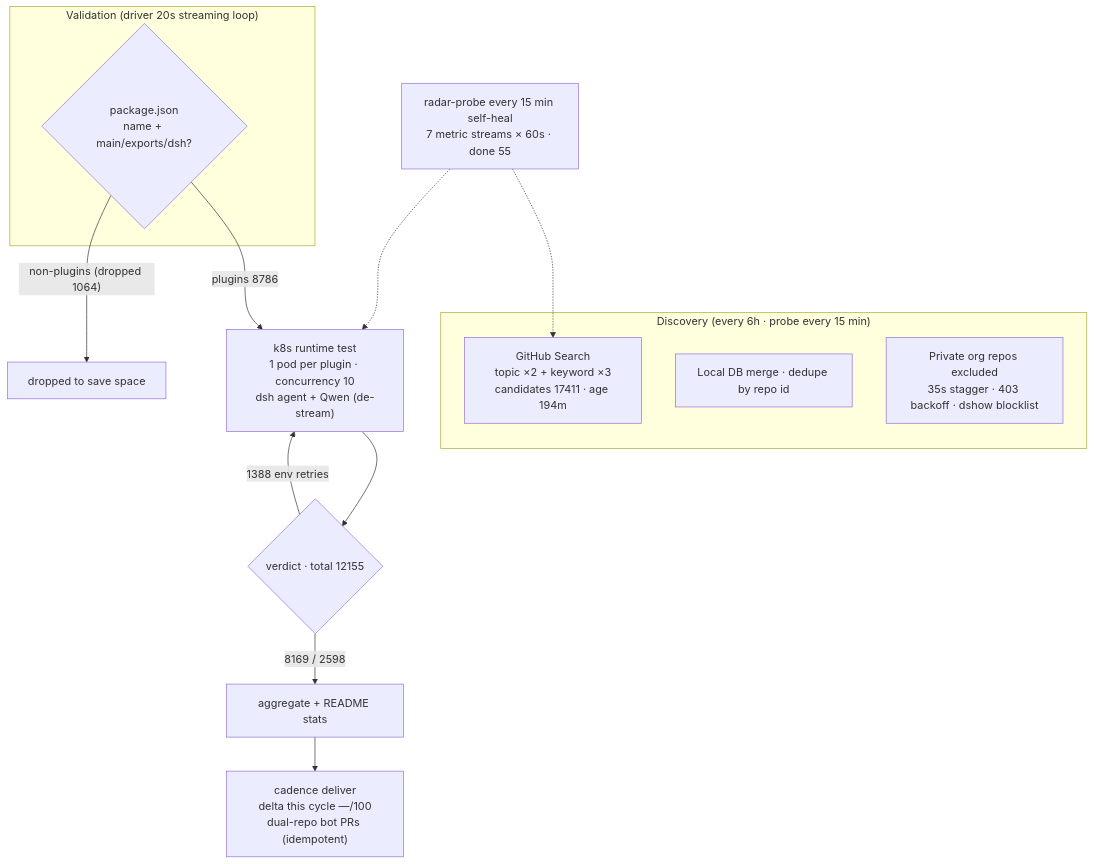
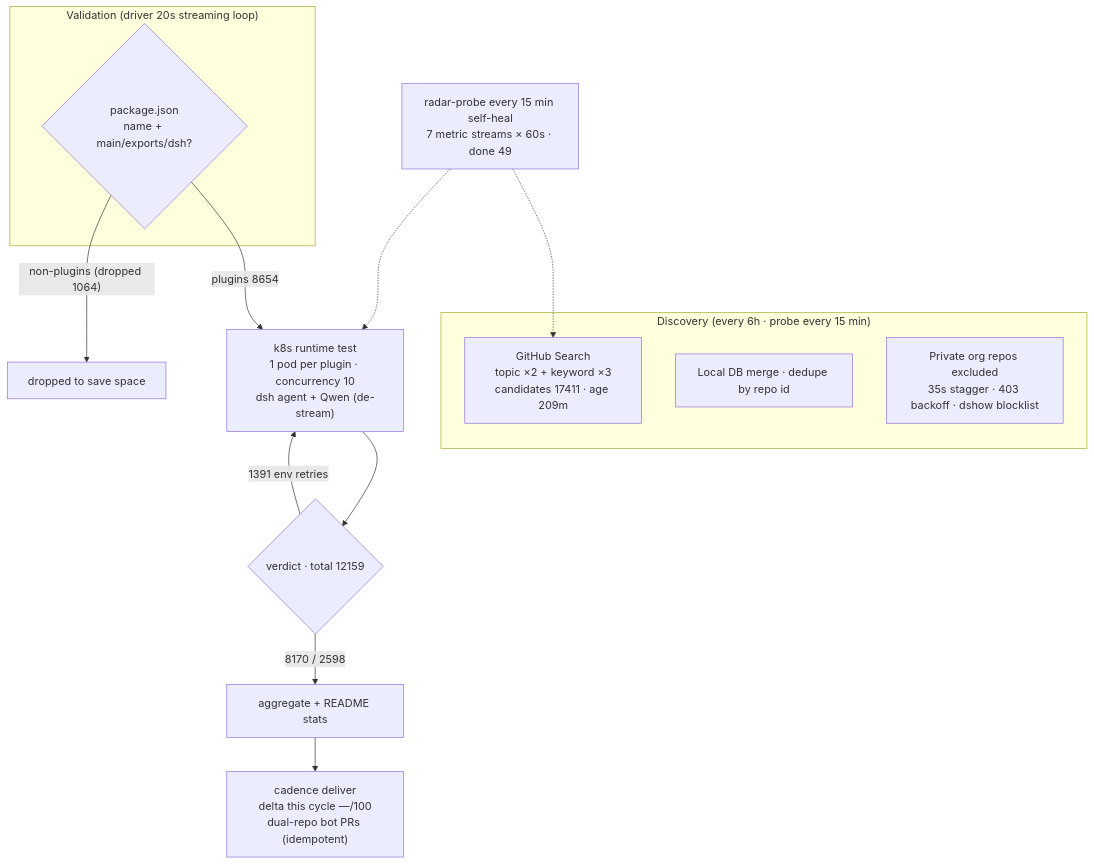
The diagram in README.en-US.md (AdamPlatin123/awesome-dsh-plugins), drawn with Mermaid before and after one commit. The commit also changed other lines of this file and 5 other files, not shown here.

````diff
--- a/README.en-US.md
+++ b/README.en-US.md
@@ -45,20 +45,20 @@
 ```mermaid
 flowchart TB
     subgraph Discovery["Discovery (every 6h · probe every 15 min)"]
-        A1["GitHub Search<br/>topic ×2 + keyword ×3<br/>candidates 17411 · age 194m"]
+        A1["GitHub Search<br/>topic ×2 + keyword ×3<br/>candidates 17411 · age 209m"]
         A2["Local DB merge · dedupe by repo id"]
         A3["Private org repos excluded<br/>35s stagger · 403 backoff · dshow blocklist"]
     end
     subgraph Validation["Validation (driver 20s streaming loop)"]
         B1{"package.json<br/>name + main/exports/dsh?"}
     end
-    B1 -->|"plugins 8786"| C1["k8s runtime test<br/>1 pod per plugin · concurrency 10<br/>dsh agent + Qwen (de-stream)"]
+    B1 -->|"plugins 8654"| C1["k8s runtime test<br/>1 pod per plugin · concurrency 10<br/>dsh agent + Qwen (de-stream)"]
     B1 -->|"non-plugins (dropped 1064)"| B3["dropped to save space"]
-    C1 --> D1{"verdict · total 12155"}
-    D1 -->|"8169 / 2598"| E1["aggregate + README stats"]
-    D1 -->|"1388 env retries"| C1
+    C1 --> D1{"verdict · total 12159"}
+    D1 -->|"8170 / 2598"| E1["aggregate + README stats"]
+    D1 -->|"1391 env retries"| C1
     E1 --> E2["cadence deliver<br/>delta this cycle —/100<br/>dual-repo bot PRs (idempotent)"]
-    M["radar-probe every 15 min self-heal<br/>7 metric streams × 60s · done 55"]
+    M["radar-probe every 15 min self-heal<br/>7 metric streams × 60s · done 49"]
     M -.-> A1
     M -.-> C1
 ```
````
